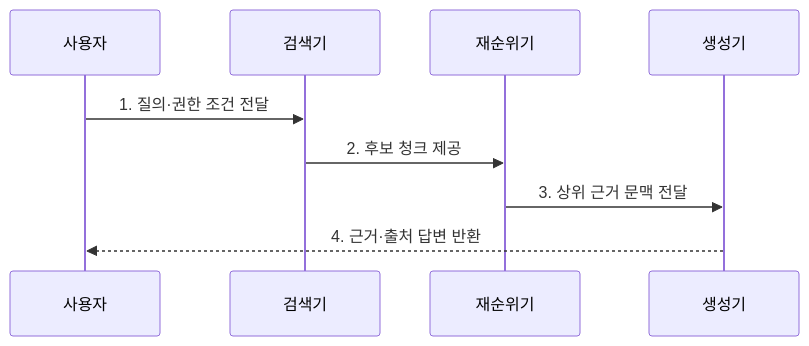
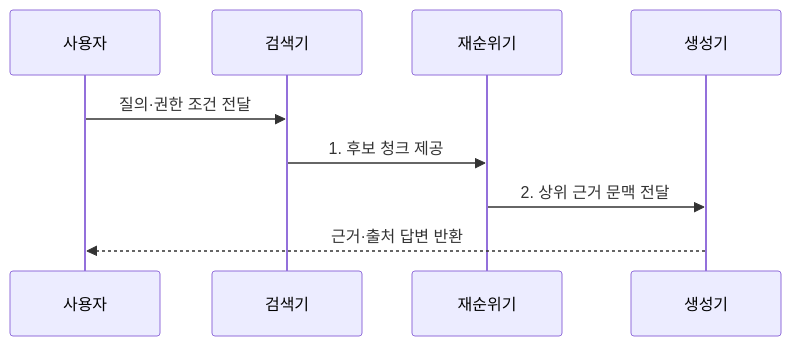
The second of 2 diagrams in src/content/docs/notes/08-latest-tech/070_retrieval_augmented_generation.md (agnusdei1207/knowledge-base), drawn with Mermaid before and after one commit. The commit also changed other lines of this file and 225 other files, not shown here.

````diff
--- a/src/content/docs/notes/08-latest-tech/070_retrieval_augmented_generation.md
+++ b/src/content/docs/notes/08-latest-tech/070_retrieval_augmented_generation.md
@@ -80,11 +80,11 @@
 ```mermaid
 sequenceDiagram
     participant U as 사용자
     participant R as 검색기
     participant K as 재순위기
     participant G as 생성기
-    U->>R: 1. 질의·권한 조건 전달
-    R->>K: 2. 후보 청크 제공
-    K->>G: 3. 상위 근거 문맥 전달
-    G-->>U: 4. 근거·출처 답변 반환
+    U->>R: 질의·권한 조건 전달
+    R->>K: 1. 후보 청크 제공
+    K->>G: 2. 상위 근거 문맥 전달
+    G-->>U: 근거·출처 답변 반환
 ```
````
